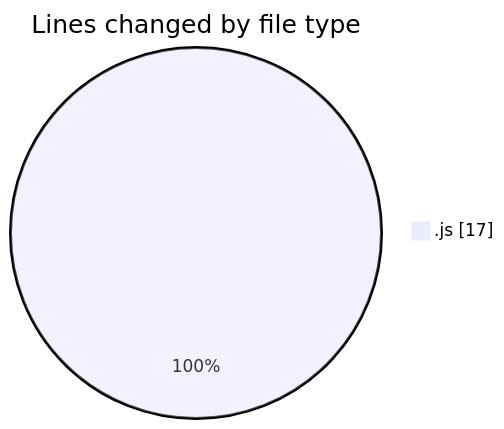
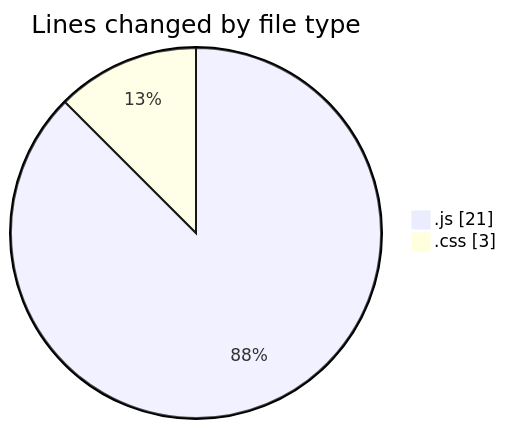
The first of 2 diagrams in 2025-05-04/houserentalservice/README.md (Ritupan-Deka/code-tracking), drawn with Mermaid before and after one commit. The commit also changed other lines of this file and 1 other file, not shown here.

````diff
--- a/2025-05-04/houserentalservice/README.md
+++ b/2025-05-04/houserentalservice/README.md
@@ -21,5 +22,6 @@
 ```mermaid
 pie showData
 title Lines changed by file type
-".js" : 17
+".js" : 21
+".css" : 3
 ```
````
